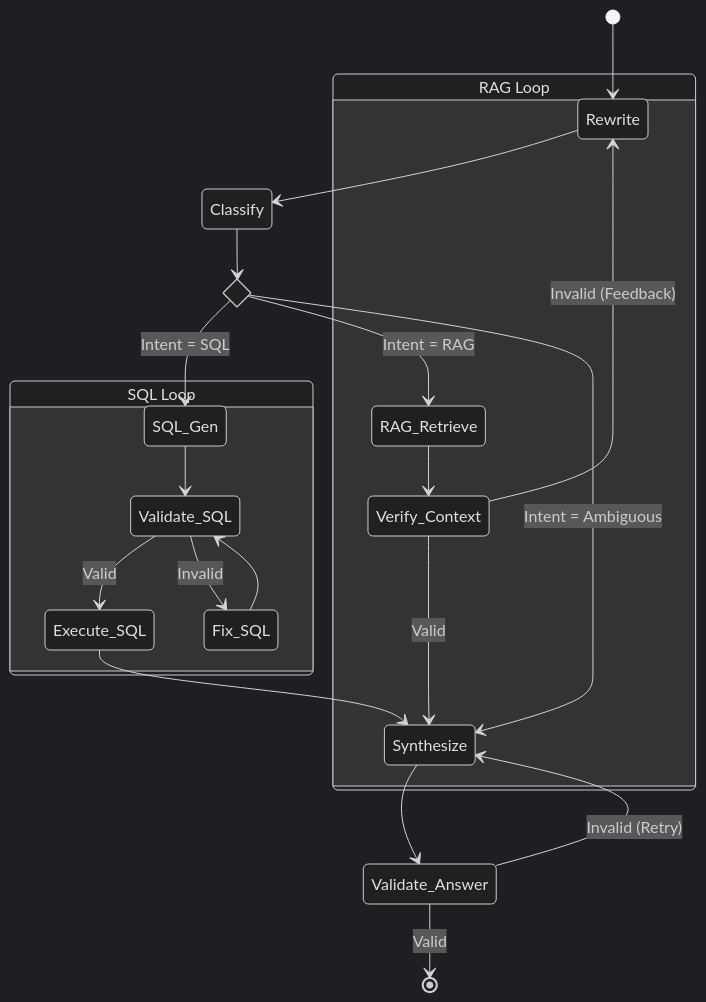
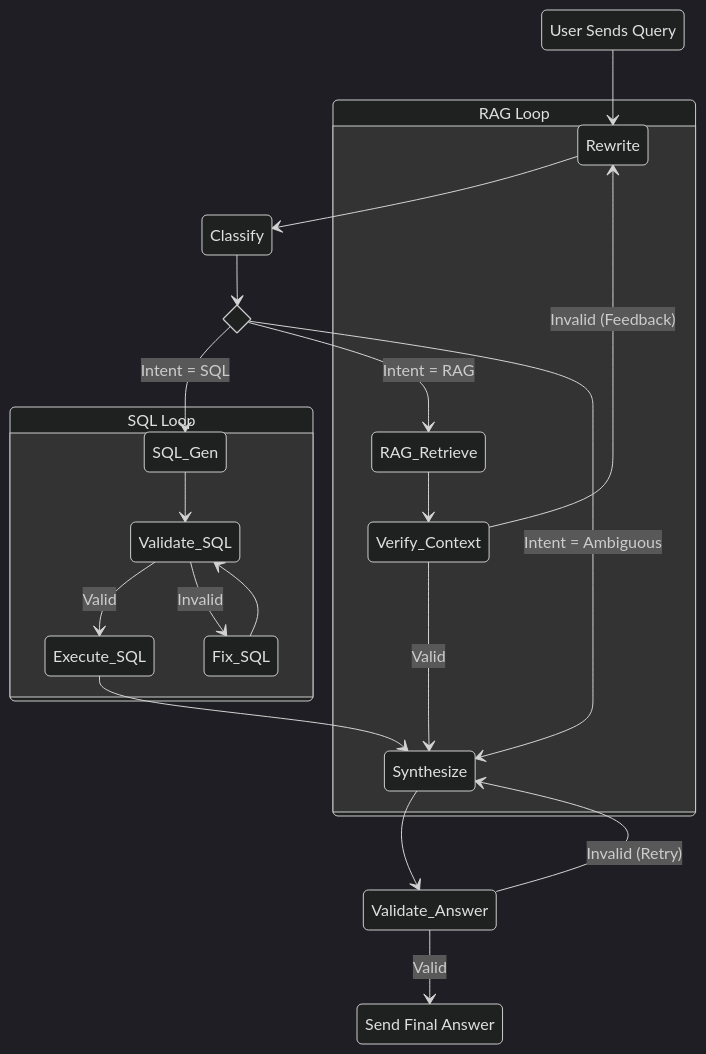
One commit to Jim-lan/log-pilot changed the fourth of 4 diagrams in docs/architecture.md. Above: the diagram before and after it, drawn with Mermaid (dark theme).

Commit message:
update diagram

````diff
--- a/docs/architecture.md
+++ b/docs/architecture.md
@@ -106,31 +106,34 @@
 ```mermaid
 stateDiagram-v2
-    [*] --> Rewrite
+    state "User Sends Query" as Start
+    state "Send Final Answer" as End
+
+    Start --> Rewrite
     Rewrite --> Classify
     
     state Classify_Decision <<choice>>
     Classify --> Classify_Decision
     
     Classify_Decision --> SQL_Gen: Intent = SQL
     Classify_Decision --> RAG_Retrieve: Intent = RAG
     Classify_Decision --> Synthesize: Intent = Ambiguous
 
     state "SQL Loop" as SQL_Loop {
         SQL_Gen --> Validate_SQL
         Validate_SQL --> Execute_SQL: Valid
         Validate_SQL --> Fix_SQL: Invalid
         Fix_SQL --> Validate_SQL
     }
     
     state "RAG Loop" as RAG_Loop {
         RAG_Retrieve --> Verify_Context
         Verify_Context --> Synthesize: Valid
         Verify_Context --> Rewrite: Invalid (Feedback)
     }
 
     Execute_SQL --> Synthesize
     
     Synthesize --> Validate_Answer
-    Validate_Answer --> [*]: Valid
+    Validate_Answer --> End: Valid
     Validate_Answer --> Synthesize: Invalid (Retry)
 ```
````
